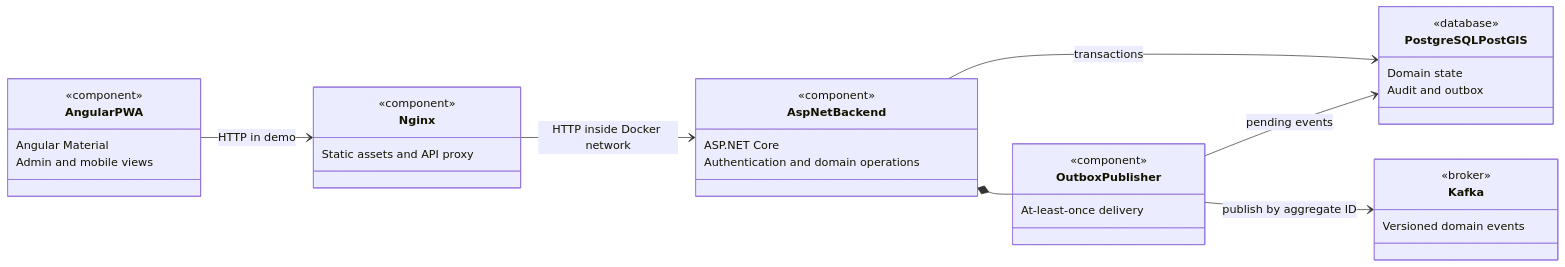
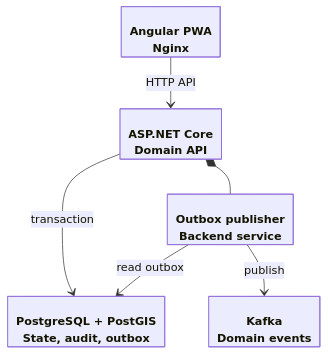
The second of 2 diagrams in README.md (pymlex/rwb-app-generator), drawn with Mermaid before and after one commit. The commit also changed other lines of this file, not shown here.

Commit message:
docs: compact UML architecture into branching layouts

````diff
--- a/README.md
+++ b/README.md
@@ -57,37 +29,15 @@
 ```mermaid
+%%{init: {'class': {'hideEmptyMembersBox': true}}}%%
 classDiagram
-    direction LR
-    class AngularPWA {
-        <<component>>
-        Angular Material
-        Admin and mobile views
-    }
-    class Nginx {
-        <<component>>
-        Static assets and API proxy
-    }
-    class AspNetBackend {
-        <<component>>
-        ASP.NET Core
-        Authentication and domain operations
-    }
-    class PostgreSQLPostGIS {
-        <<database>>
-        Domain state
-        Audit and outbox
-    }
-    class OutboxPublisher {
-        <<component>>
-        At-least-once delivery
-    }
-    class Kafka {
-        <<broker>>
-        Versioned domain events
-    }
-    AngularPWA --> Nginx : HTTP in demo
-    Nginx --> AspNetBackend : HTTP inside Docker network
-    AspNetBackend --> PostgreSQLPostGIS : transactions
-    AspNetBackend *-- OutboxPublisher
-    OutboxPublisher --> PostgreSQLPostGIS : pending events
-    OutboxPublisher --> Kafka : publish by aggregate ID
+    direction TB
+    class Web["Angular PWA<br/>Nginx"]
+    class Backend["ASP.NET Core<br/>Domain API"]
+    class PostgreSQL["PostgreSQL + PostGIS<br/>State, audit, outbox"]
+    class Publisher["Outbox publisher<br/>Backend service"]
+    class Kafka["Kafka<br/>Domain events"]
+    Web --> Backend : HTTP API
+    Backend --> PostgreSQL : transaction
+    Backend *-- Publisher
+    Publisher --> PostgreSQL : read outbox
+    Publisher --> Kafka : publish
 ```
````
